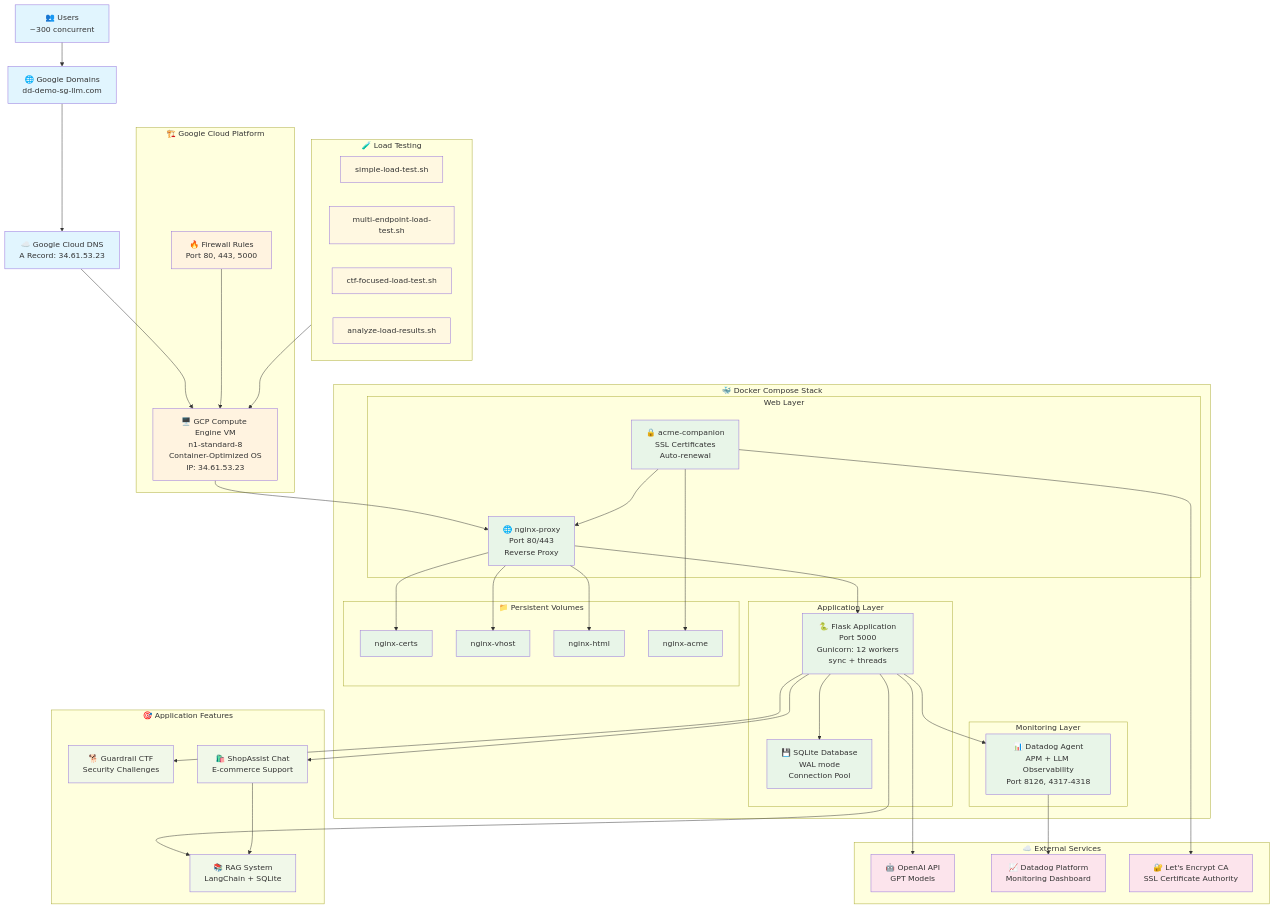
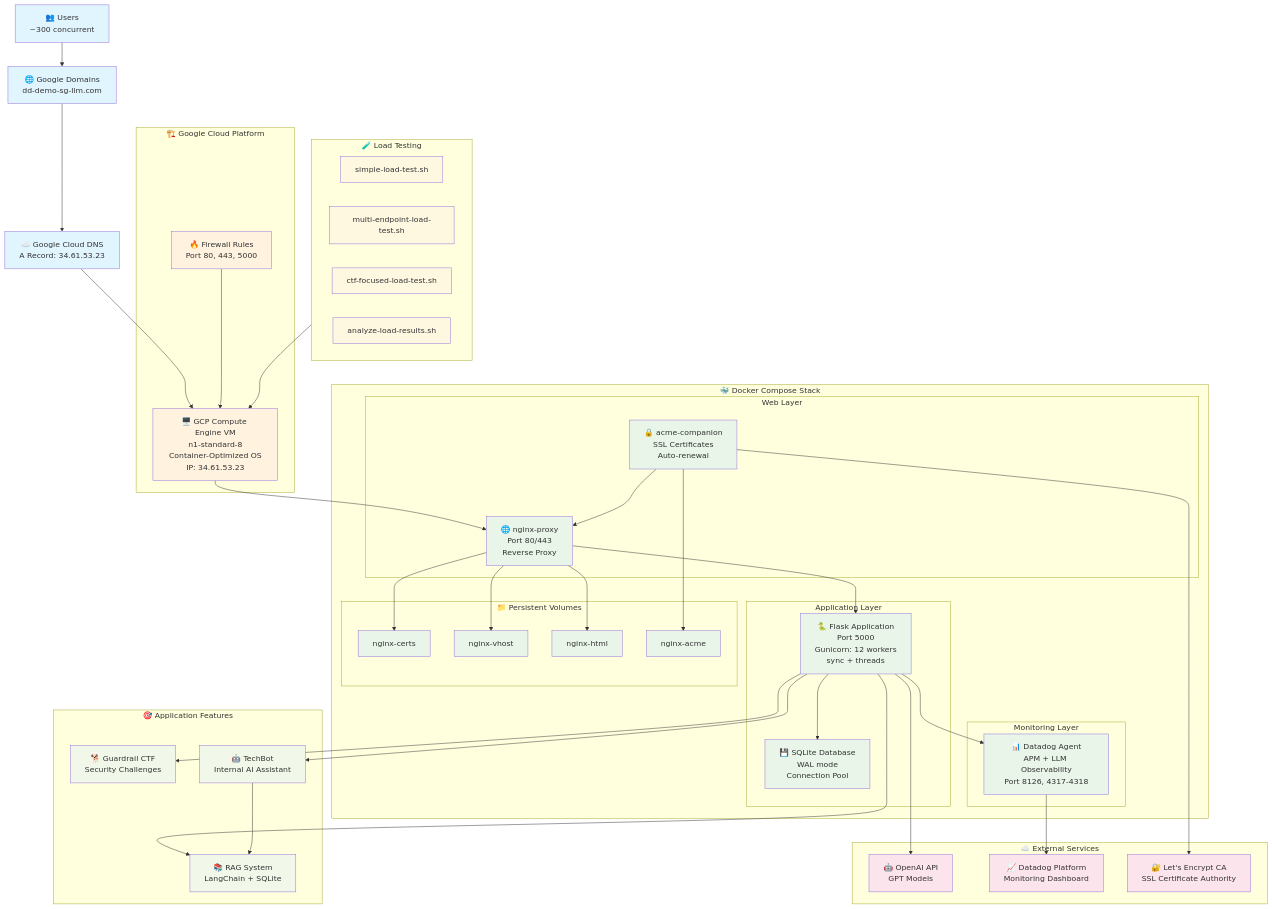
One commit to jon94/llmdemo-prod changed the diagram in ARCHITECTURE.md. Above: the diagram before and after it, drawn with Mermaid. The commit also changed other lines of this file and 5 other files, not shown here.

````diff
--- a/ARCHITECTURE.md
+++ b/ARCHITECTURE.md
@@ -53,7 +53,7 @@
     %% Application Features
     subgraph Features["🎯 Application Features"]
         CTF[🐕 Guardrail CTF<br/>Security Challenges]
-        ShopAssist[🛍️ ShopAssist Chat<br/>E-commerce Support]
+        TechBot[🤖 TechBot<br/>Internal AI Assistant]
         RAG[📚 RAG System<br/>LangChain + SQLite]
     end
     
@@ -89,8 +89,8 @@
     
     %% Features Integration
     FlaskApp --> CTF
-    FlaskApp --> ShopAssist
-    ShopAssist --> RAG
+    FlaskApp --> TechBot
+    TechBot --> RAG
     
     %% Load Testing Flow
     LoadTesting --> VM
@@ -111,6 +111,6 @@
     class VM,Firewall gcpLayer
     class Nginx,LetsEncrypt,FlaskApp,SQLite,DatadogAgent,CertsVol,VhostVol,HtmlVol,AcmeVol dockerLayer
     class OpenAI,Datadog,LetsEncryptCA externalLayer
-    class CTF,ShopAssist,RAG featureLayer
+    class CTF,TechBot,RAG featureLayer
     class SimpleTest,MultiTest,CTFTest,Analysis testLayer
 ```
````
